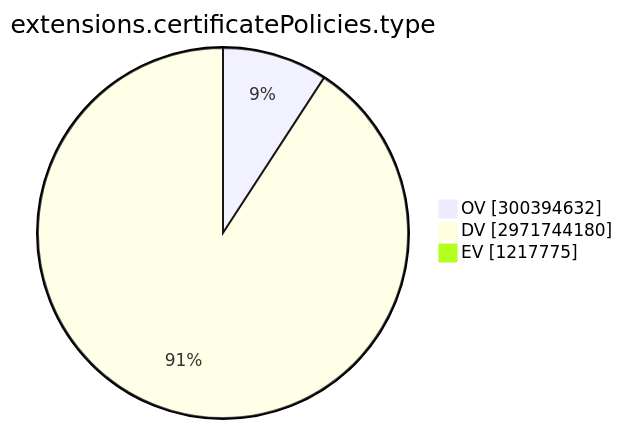
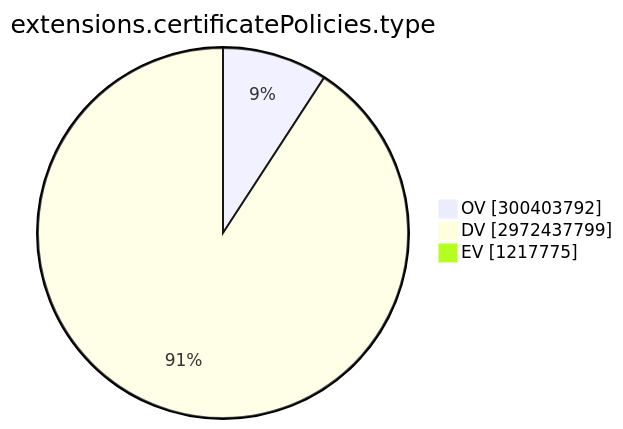
Before and after one commit to christiankrug/ctmonitor_visualization: the ninth of 15 diagrams in TOTAL/README.md, drawn with Mermaid. The commit also changed other lines of this file, not shown here.

````diff
--- a/TOTAL/README.md
+++ b/TOTAL/README.md
@@ -3101,7 +3101,7 @@
 ```mermaid
 pie showData
 title extensions.certificatePolicies.type
-"OV" :300394632
-"DV" :2971744180
+"OV" :300403792
+"DV" :2972437799
 "EV" :1217775
 ```
````
